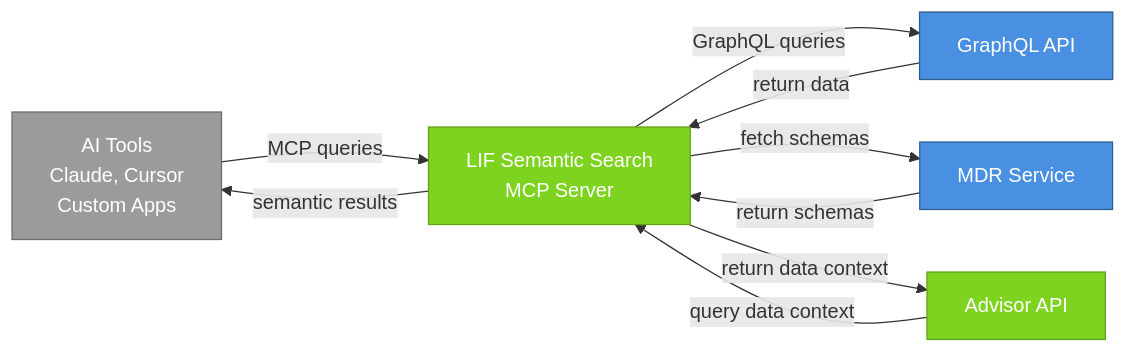
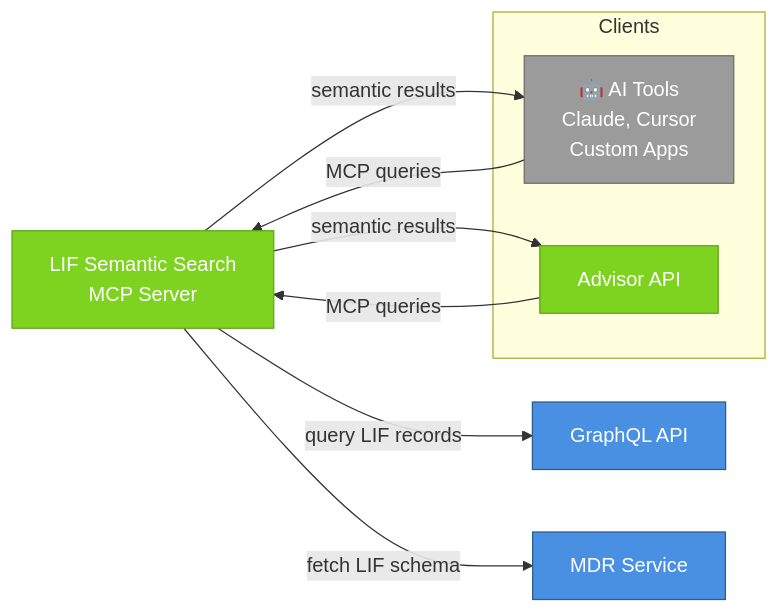
Before and after one commit to LIF-Initiative/lif-core: the ninth of 16 diagrams in docs/lif_services_overview.md, drawn with Mermaid. The commit also changed other lines of this file, not shown here.

Commit message:
docs: update more diagrams

````diff
--- a/docs/lif_services_overview.md
+++ b/docs/lif_services_overview.md
@@ -381,25 +375,26 @@
 ```mermaid
 graph LR
-    AITools[AI Tools<br/>Claude, Cursor<br/>Custom Apps]
     MCP[LIF Semantic Search<br/>MCP Server]
     GQL[GraphQL API]
     MDR[MDR Service]
-    Advisor[Advisor API]
+
+    subgraph Clients["Clients"]
+        AITools[🤖 AI Tools<br/>Claude, Cursor<br/>Custom Apps]
+        Advisor[Advisor API]
+    end
     
     AITools -->|MCP queries| MCP
-    MCP -->|GraphQL queries| GQL
-    GQL -->|return data| MCP
+    Advisor -->|MCP queries| MCP
+    MCP -->|query LIF records| GQL
+    MCP -->|fetch LIF schema| MDR
     MCP -->|semantic results| AITools
-    MCP -->|fetch schemas| MDR
-    MDR -->|return schemas| MCP
-    Advisor -->|query data context| MCP
-    MCP -->|return data context| Advisor
+    MCP -->|semantic results| Advisor
     
     classDef intelStyle fill:#7ED321,stroke:#5FA319,color:#fff
     classDef coreStyle fill:#4A90E2,stroke:#2E5C8A,color:#fff
     classDef extStyle fill:#9B9B9B,stroke:#6B6B6B,color:#fff
     
     class MCP,Advisor intelStyle
     class GQL,MDR coreStyle
     class AITools extStyle
 ```
````
